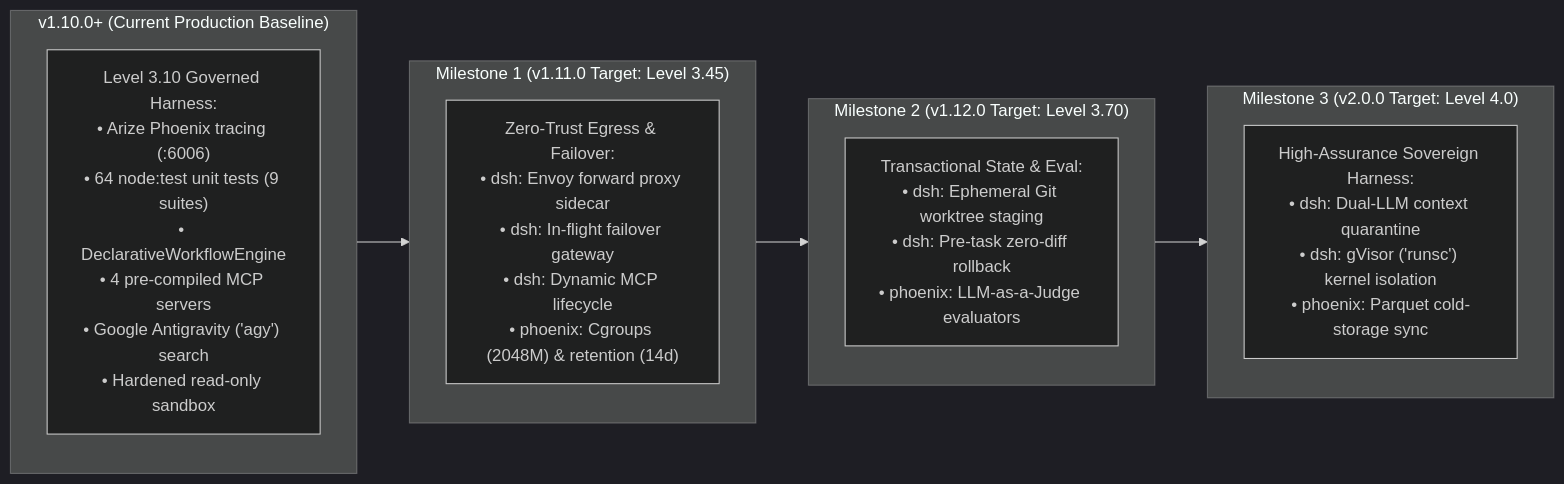
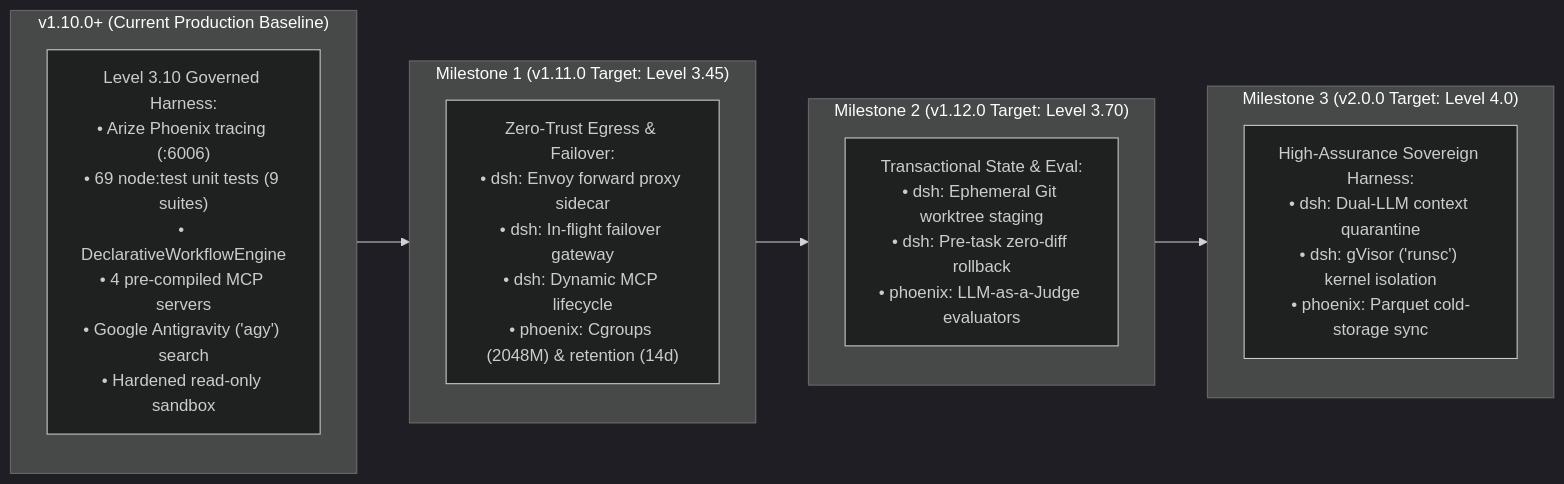
The diagram in docs/future-development/ROADMAP.md (hdjebar/DSH-DDS), drawn with Mermaid (dark theme) before and after one commit. The commit also changed other lines of this file and 19 other files, not shown here.

````diff
--- a/docs/future-development/ROADMAP.md
+++ b/docs/future-development/ROADMAP.md
@@ -9,24 +9,24 @@
 ```mermaid
 flowchart LR
     subgraph V110["v1.10.0+ (Current Production Baseline)"]
         direction TB
-        B1["Level 3.10 Governed Harness:<br/>• Arize Phoenix tracing (:6006)<br/>• 64 node:test unit tests (9 suites)<br/>• DeclarativeWorkflowEngine<br/>• 4 pre-compiled MCP servers<br/>• Google Antigravity ('agy') search<br/>• Hardened read-only sandbox"]
+        B1["Level 3.10 Governed Harness:<br/>• Arize Phoenix tracing (:6006)<br/>• 69 node:test unit tests (9 suites)<br/>• DeclarativeWorkflowEngine<br/>• 4 pre-compiled MCP servers<br/>• Google Antigravity ('agy') search<br/>• Hardened read-only sandbox"]
     end
 
     subgraph V111["Milestone 1 (v1.11.0 Target: Level 3.45)"]
         direction TB
         T1["Zero-Trust Egress & Failover:<br/>• dsh: Envoy forward proxy sidecar<br/>• dsh: In-flight failover gateway<br/>• dsh: Dynamic MCP lifecycle<br/>• phoenix: Cgroups (2048M) & retention (14d)"]
     end
 
     subgraph V112["Milestone 2 (v1.12.0 Target: Level 3.70)"]
         direction TB
         T2["Transactional State & Eval:<br/>• dsh: Ephemeral Git worktree staging<br/>• dsh: Pre-task zero-diff rollback<br/>• phoenix: LLM-as-a-Judge evaluators"]
     end
 
     subgraph V200["Milestone 3 (v2.0.0 Target: Level 4.0)"]
         direction TB
         T3["High-Assurance Sovereign Harness:<br/>• dsh: Dual-LLM context quarantine<br/>• dsh: gVisor ('runsc') kernel isolation<br/>• phoenix: Parquet cold-storage sync"]
     end
 
     V110 --> V111 --> V112 --> V200
 ```
````
